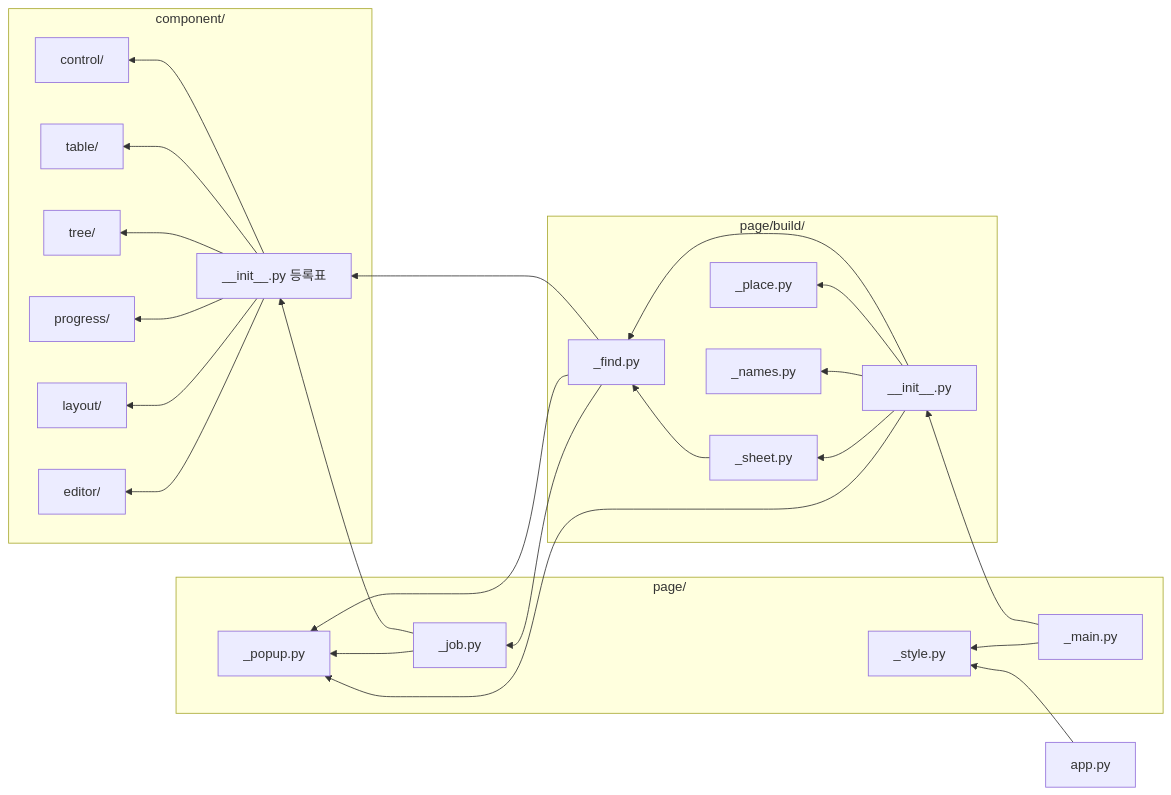
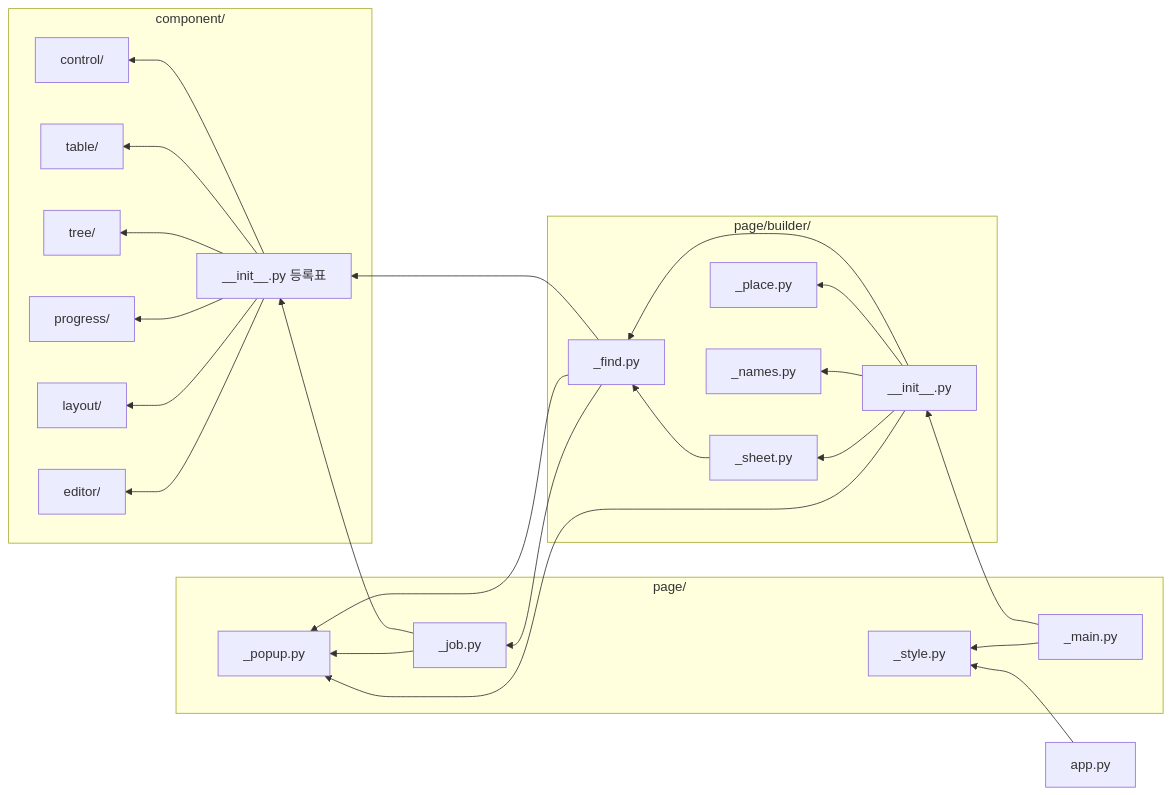
Before and after one commit to DXR-keonghun6612/ToolBox: the diagram in ui_toolbox/README.md, drawn with Mermaid. The commit also changed other lines of this file and 7 other files, not shown here.

First line of the commit message:
fix: ui_toolbox - page/build 를 page/builder 로, 커밋에서 빠진 짓기 모듈을 담음

````diff
--- a/ui_toolbox/README.md
+++ b/ui_toolbox/README.md
@@ -11,46 +11,46 @@
 ```mermaid
 graph RL
     subgraph component/
         PRG[progress/]
         CTL[control/]
         TBL[table/]
         TRE[tree/]
         EDT[editor/]
         LAY[layout/]
         REG["__init__.py 등록표"]
     end
     subgraph page/
         MAN[_main.py]
         POP[_popup.py]
         JOB[_job.py]
         STY[_style.py]
     end
-    subgraph page/build/
+    subgraph page/builder/
         BLD["__init__.py"]
         FND[_find.py]
         PLC[_place.py]
         NAM[_names.py]
         SHT[_sheet.py]
     end
     APP[app.py]
     REG --> CTL
     REG --> TBL
     REG --> TRE
     REG --> PRG
     REG --> LAY
     REG --> EDT
     FND --> REG
     JOB --> REG
     FND --> POP
     FND --> JOB
     JOB --> POP
     SHT --> FND
     BLD --> FND
     BLD --> PLC
     BLD --> NAM
     BLD --> SHT
     BLD --> POP
     MAN --> BLD
     MAN --> STY
     APP --> STY
 ```
````
